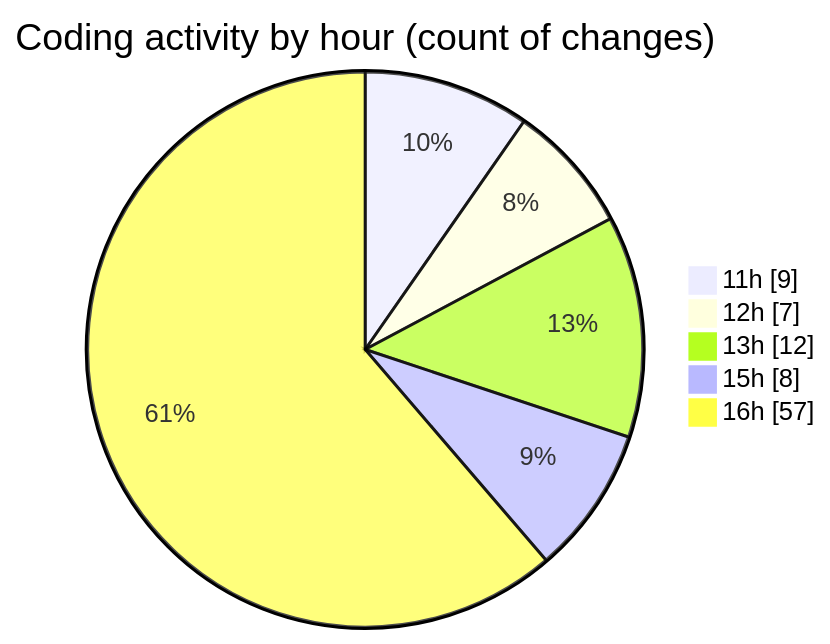
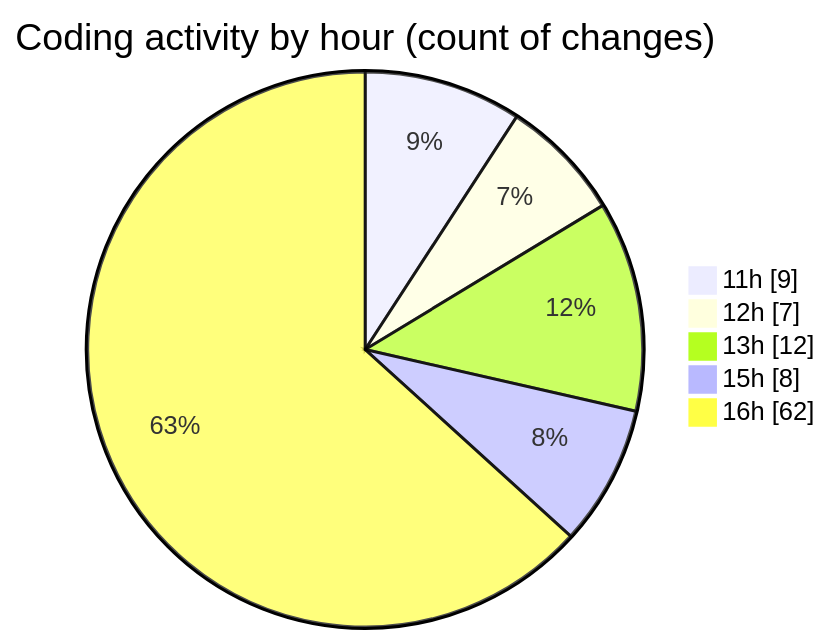
The second of 2 diagrams in 2025-08-07/ribbon/README.md (EIIisD/code-tracking), drawn with Mermaid before and after one commit. The commit also changed other lines of this file and 1 other file, not shown here.

````diff
--- a/2025-08-07/ribbon/README.md
+++ b/2025-08-07/ribbon/README.md
@@ -48,9 +48,9 @@
 ```mermaid
 pie showData
 title Coding activity by hour (count of changes)
 "11h" : 9
 "12h" : 7
 "13h" : 12
 "15h" : 8
-"16h" : 57
+"16h" : 62
 ```
````
